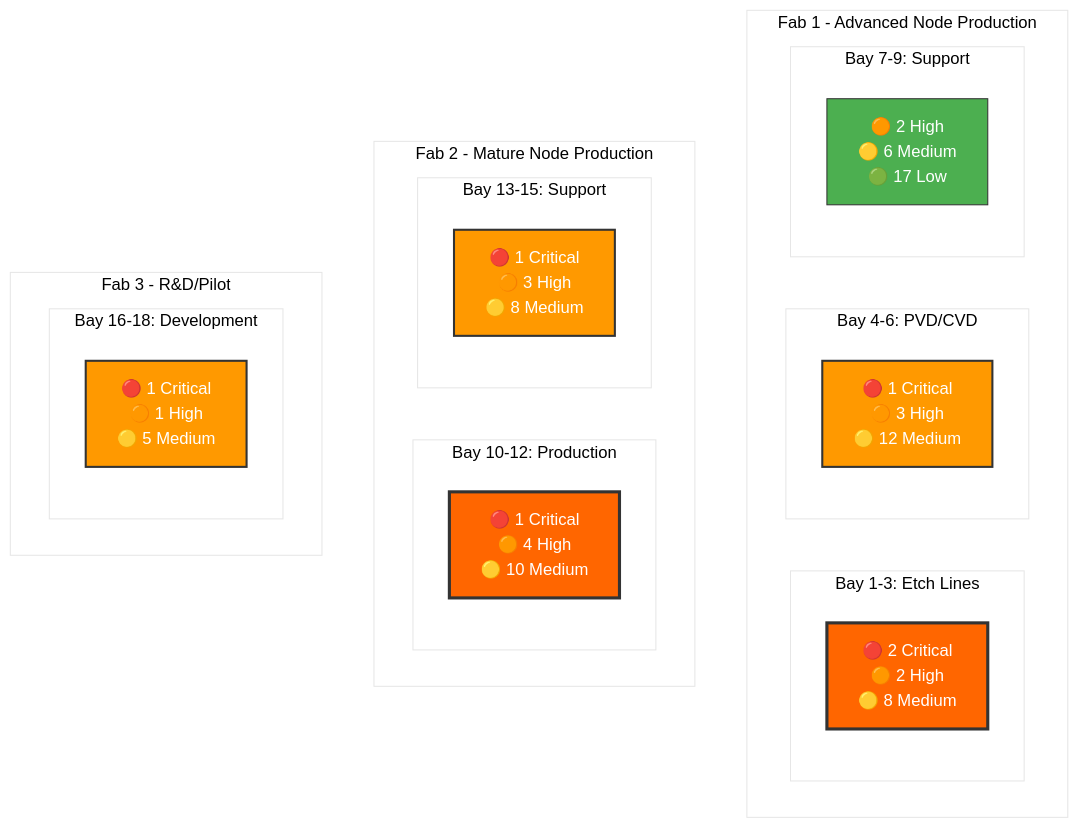
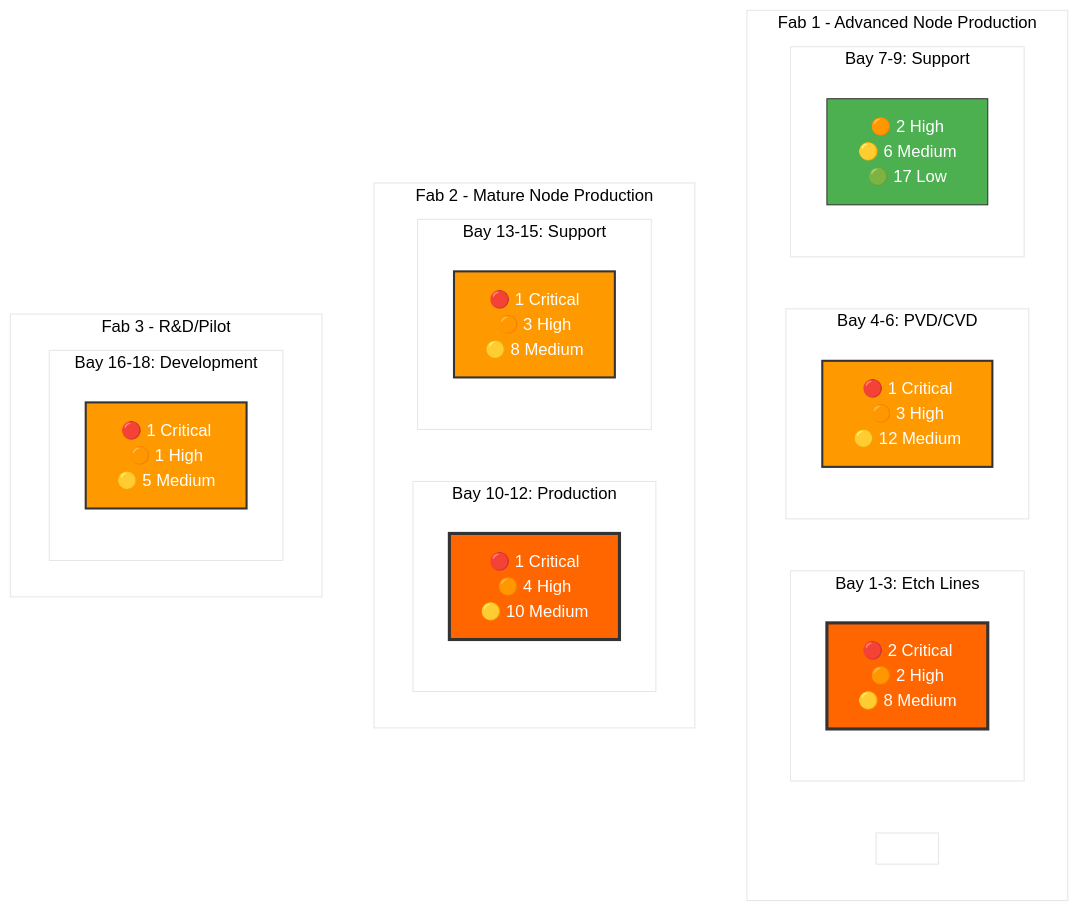
Before and after one commit to StephanieHepp/Risk-Assessment: the third of 10 diagrams in scaled_vacuum_report_200.md, drawn with Mermaid.

````diff
--- a/scaled_vacuum_report_200.md
+++ b/scaled_vacuum_report_200.md
@@ -40,39 +40,42 @@
 ```mermaid
 %%{init: {'theme':'base', 'themeVariables': {'primaryColor':'#fff', 'secondaryColor':'#000'}}}%%
 graph TB
-    subgraph "Fab 1 - Advanced Node Production<br/> "
+    subgraph "Fab 1 - Advanced Node Production"
+    dummy1[" "]:::invisible
         subgraph "Bay 1-3: Etch Lines" 
             F1B1["🔴 2 Critical<br/>🟠 2 High<br/>🟡 8 Medium"]
         end
         subgraph "Bay 4-6: PVD/CVD"
             F1B2["🔴 1 Critical<br/>🟠 3 High<br/>🟡 12 Medium"]
         end
         subgraph "Bay 7-9: Support" 
             F1B3["🟠 2 High<br/>🟡 6 Medium<br/>🟢 17 Low"]
         end
     end
     
-    subgraph "Fab 2 - Mature Node Production<br/> "
+    subgraph "Fab 2 - Mature Node Production"
+    dummy1[" "]:::invisible
         subgraph "Bay 10-12: Production"
             F2B1["🔴 1 Critical<br/>🟠 4 High<br/>🟡 10 Medium"]
         end
         subgraph "Bay 13-15: Support"
             F2B2["🔴 1 Critical<br/>🟠 3 High<br/>🟡 8 Medium"]
         end
     end
     
-    subgraph "Fab 3 - R&D/Pilot<br/> "
+    subgraph "Fab 3 - R&D/Pilot"
+    dummy1[" "]:::invisible
         subgraph "Bay 16-18: Development"
             F3B1["🔴 1 Critical<br/>🟠 1 High<br/>🟡 5 Medium"]
         end
     end
     
     classDef critical fill:#ff6600,stroke:#333,stroke-width:3px,color:#fff
     classDef high fill:#ff9900,stroke:#333,stroke-width:2px,color:#fff
     classDef medium fill:#ffcc00,stroke:#333,stroke-width:2px,color:#000
     classDef lowrisk fill:#4CAF50,stroke:#333,stroke-width:1px,color:#fff
     
     class F1B1,F2B1 critical
     class F1B2,F2B2,F3B1 high
     class F1B3 lowrisk
 ```
````
